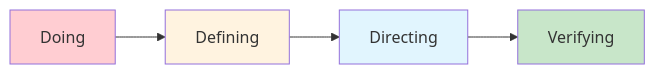
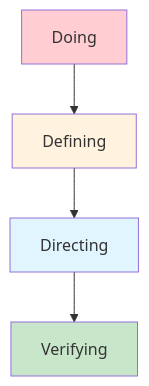
One commit to TheBushidoCollective/han changed the seventh of 8 diagrams in website/content/papers/ai-dlc-2026/runbooks/adoption/reimagining-roles.md. Above: the diagram before and after it, drawn with Mermaid. The commit also changed other lines of this file and 21 other files, not shown here.

First line of the commit message:
fix(website): convert all AI-DLC runbook Mermaid diagrams to TB layout

````diff
--- a/website/content/papers/ai-dlc-2026/runbooks/adoption/reimagining-roles.md
+++ b/website/content/papers/ai-dlc-2026/runbooks/adoption/reimagining-roles.md
@@ -206,11 +202,11 @@
 ```mermaid
-flowchart LR
+flowchart TB
     D[Doing] --> DE[Defining]
     DE --> DI[Directing]
     DI --> V[Verifying]
 
     style D fill:#ffcdd2
     style DE fill:#fff3e0
     style DI fill:#e1f5fe
     style V fill:#c8e6c9
 ```
````
